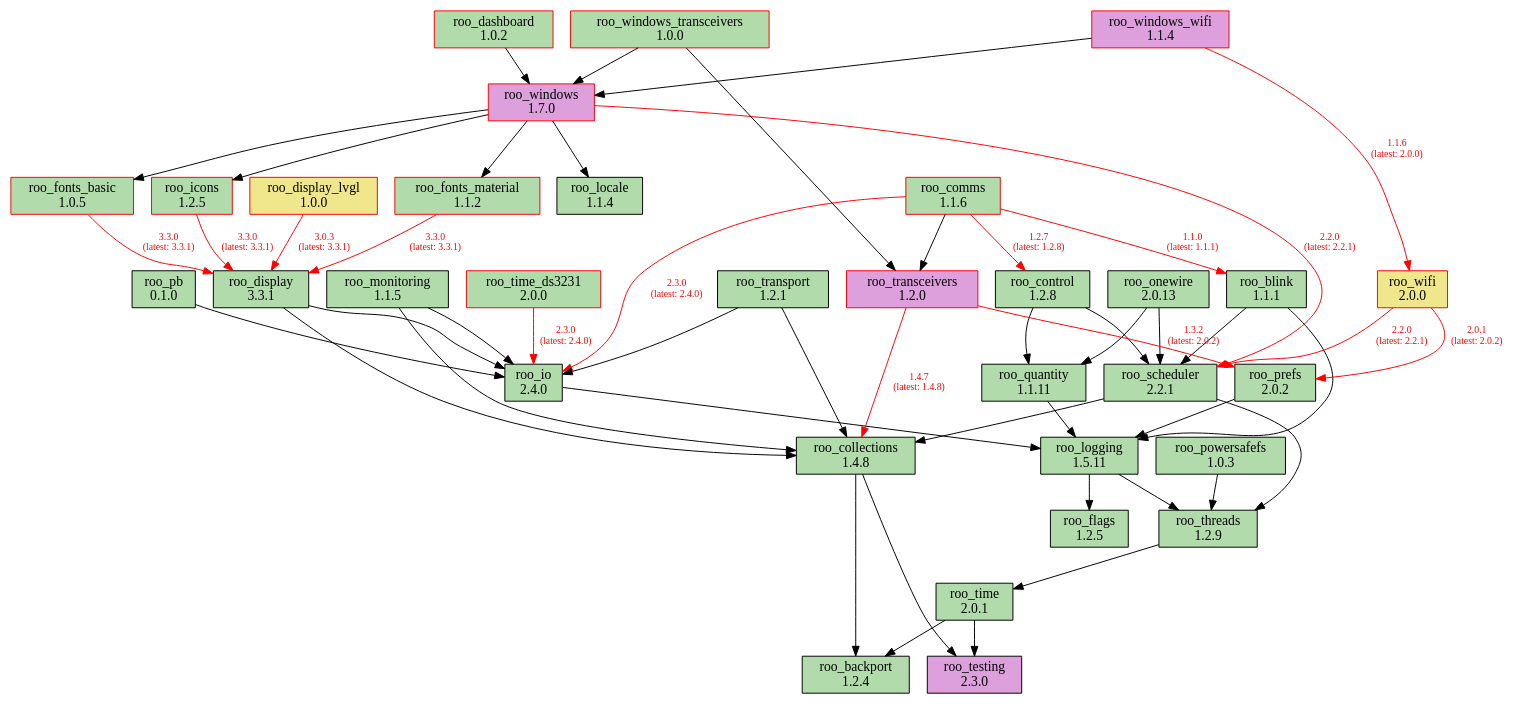
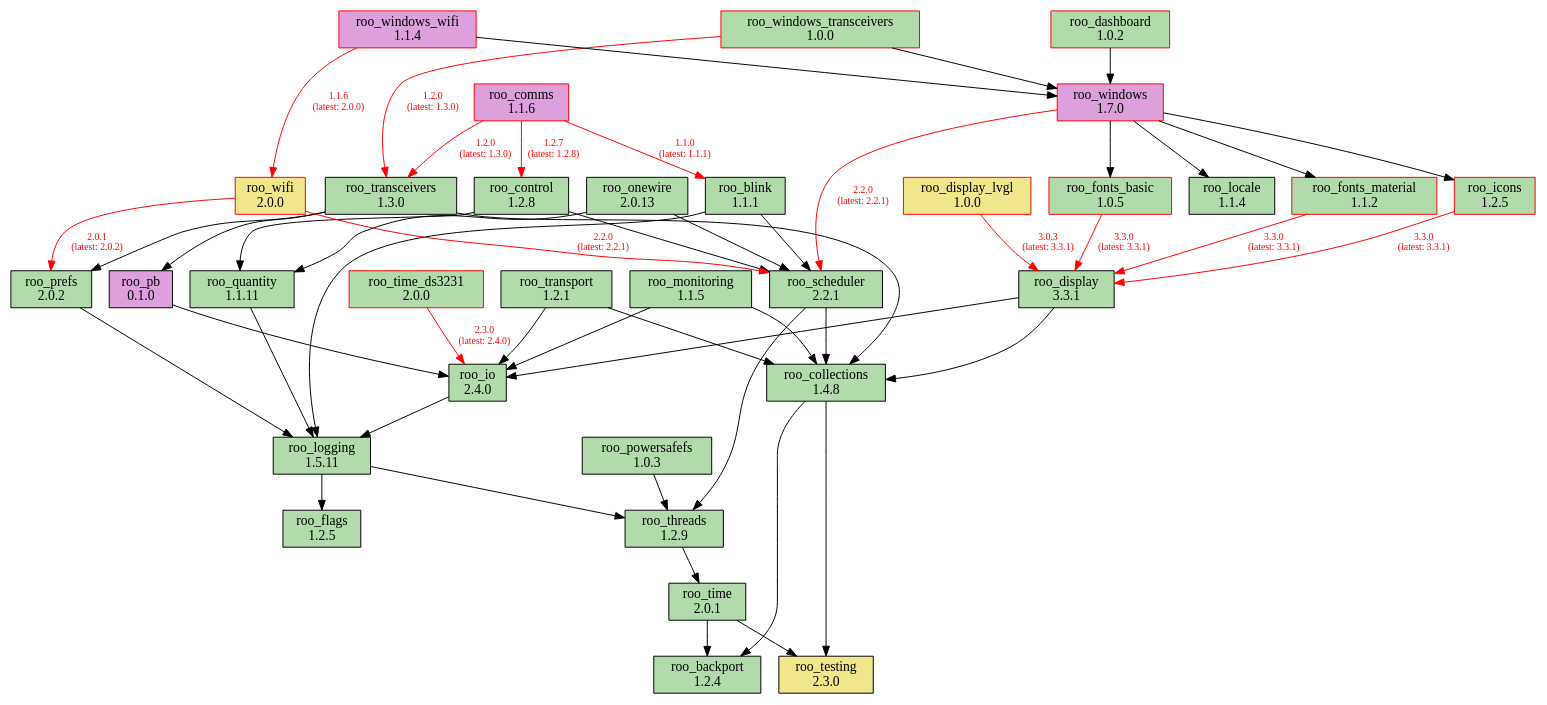
Before and after one commit to dejwk/roo-registry: the diagram in doc/dependencies.dot, drawn with Graphviz. The commit also changed 3 other files, not shown here.

Commit message:
Added roo_transceivers 1.3.0 to the registry.

```diff
--- a/doc/dependencies.dot
+++ b/doc/dependencies.dot
@@ -1,90 +1,90 @@
 digraph dependencies {
     rankdir=TB;
     node [shape=box, style=filled];
     edge [fontsize=10];
 
     // Modules
     "roo_backport" [label="roo_backport\n1.2.4", fillcolor="#b1dbab", color="black"];
     "roo_blink" [label="roo_blink\n1.1.1", fillcolor="#b1dbab", color="black"];
     "roo_collections" [label="roo_collections\n1.4.8", fillcolor="#b1dbab", color="black"];
-    "roo_comms" [label="roo_comms\n1.1.6", fillcolor="#b1dbab", color="red"];
+    "roo_comms" [label="roo_comms\n1.1.6", fillcolor="plum", color="red"];
     "roo_control" [label="roo_control\n1.2.8", fillcolor="#b1dbab", color="black"];
     "roo_dashboard" [label="roo_dashboard\n1.0.2", fillcolor="#b1dbab", color="red"];
     "roo_display" [label="roo_display\n3.3.1", fillcolor="#b1dbab", color="black"];
     "roo_display_lvgl" [label="roo_display_lvgl\n1.0.0", fillcolor="khaki", color="red"];
     "roo_flags" [label="roo_flags\n1.2.5", fillcolor="#b1dbab", color="black"];
     "roo_fonts_basic" [label="roo_fonts_basic\n1.0.5", fillcolor="#b1dbab", color="red"];
     "roo_fonts_material" [label="roo_fonts_material\n1.1.2", fillcolor="#b1dbab", color="red"];
     "roo_icons" [label="roo_icons\n1.2.5", fillcolor="#b1dbab", color="red"];
     "roo_io" [label="roo_io\n2.4.0", fillcolor="#b1dbab", color="black"];
     "roo_locale" [label="roo_locale\n1.1.4", fillcolor="#b1dbab", color="black"];
     "roo_logging" [label="roo_logging\n1.5.11", fillcolor="#b1dbab", color="black"];
     "roo_monitoring" [label="roo_monitoring\n1.1.5", fillcolor="#b1dbab", color="black"];
     "roo_onewire" [label="roo_onewire\n2.0.13", fillcolor="#b1dbab", color="black"];
-    "roo_pb" [label="roo_pb\n0.1.0", fillcolor="#b1dbab", color="black"];
+    "roo_pb" [label="roo_pb\n0.1.0", fillcolor="plum", color="black"];
     "roo_powersafefs" [label="roo_powersafefs\n1.0.3", fillcolor="#b1dbab", color="black"];
     "roo_prefs" [label="roo_prefs\n2.0.2", fillcolor="#b1dbab", color="black"];
     "roo_quantity" [label="roo_quantity\n1.1.11", fillcolor="#b1dbab", color="black"];
     "roo_scheduler" [label="roo_scheduler\n2.2.1", fillcolor="#b1dbab", color="black"];
-    "roo_testing" [label="roo_testing\n2.3.0", fillcolor="plum", color="black"];
+    "roo_testing" [label="roo_testing\n2.3.0", fillcolor="khaki", color="black"];
     "roo_threads" [label="roo_threads\n1.2.9", fillcolor="#b1dbab", color="black"];
     "roo_time" [label="roo_time\n2.0.1", fillcolor="#b1dbab", color="black"];
     "roo_time_ds3231" [label="roo_time_ds3231\n2.0.0", fillcolor="#b1dbab", color="red"];
-    "roo_transceivers" [label="roo_transceivers\n1.2.0", fillcolor="plum", color="red"];
+    "roo_transceivers" [label="roo_transceivers\n1.3.0", fillcolor="#b1dbab", color="black"];
     "roo_transport" [label="roo_transport\n1.2.1", fillcolor="#b1dbab", color="black"];
     "roo_wifi" [label="roo_wifi\n2.0.0", fillcolor="khaki", color="red"];
     "roo_windows" [label="roo_windows\n1.7.0", fillcolor="plum", color="red"];
     "roo_windows_transceivers" [label="roo_windows_transceivers\n1.0.0", fillcolor="#b1dbab", color="red"];
     "roo_windows_wifi" [label="roo_windows_wifi\n1.1.4", fillcolor="plum", color="red"];
 
     // Dependencies
     "roo_blink" -> "roo_logging";
     "roo_blink" -> "roo_scheduler";
     "roo_collections" -> "roo_testing";
     "roo_collections" -> "roo_backport";
     "roo_comms" -> "roo_blink" [color=red, fontcolor=red, label="1.1.0\n(latest: 1.1.1)"];
     "roo_comms" -> "roo_control" [color=red, fontcolor=red, label="1.2.7\n(latest: 1.2.8)"];
-    "roo_comms" -> "roo_io" [color=red, fontcolor=red, label="2.3.0\n(latest: 2.4.0)"];
-    "roo_comms" -> "roo_transceivers";
+    "roo_comms" -> "roo_transceivers" [color=red, fontcolor=red, label="1.2.0\n(latest: 1.3.0)"];
     "roo_control" -> "roo_quantity";
     "roo_control" -> "roo_scheduler";
     "roo_dashboard" -> "roo_windows";
     "roo_display" -> "roo_collections";
     "roo_display" -> "roo_io";
     "roo_display_lvgl" -> "roo_display" [color=red, fontcolor=red, label="3.0.3\n(latest: 3.3.1)"];
     "roo_fonts_basic" -> "roo_display" [color=red, fontcolor=red, label="3.3.0\n(latest: 3.3.1)"];
     "roo_fonts_material" -> "roo_display" [color=red, fontcolor=red, label="3.3.0\n(latest: 3.3.1)"];
     "roo_icons" -> "roo_display" [color=red, fontcolor=red, label="3.3.0\n(latest: 3.3.1)"];
     "roo_io" -> "roo_logging";
     "roo_logging" -> "roo_flags";
     "roo_logging" -> "roo_threads";
     "roo_monitoring" -> "roo_collections";
     "roo_monitoring" -> "roo_io";
     "roo_onewire" -> "roo_scheduler";
     "roo_onewire" -> "roo_quantity";
     "roo_pb" -> "roo_io";
     "roo_powersafefs" -> "roo_threads";
     "roo_prefs" -> "roo_logging";
     "roo_quantity" -> "roo_logging";
     "roo_scheduler" -> "roo_collections";
     "roo_scheduler" -> "roo_threads";
     "roo_threads" -> "roo_time";
     "roo_time" -> "roo_testing";
     "roo_time" -> "roo_backport";
     "roo_time_ds3231" -> "roo_io" [color=red, fontcolor=red, label="2.3.0\n(latest: 2.4.0)"];
-    "roo_transceivers" -> "roo_collections" [color=red, fontcolor=red, label="1.4.7\n(latest: 1.4.8)"];
-    "roo_transceivers" -> "roo_prefs" [color=red, fontcolor=red, label="1.3.2\n(latest: 2.0.2)"];
+    "roo_transceivers" -> "roo_pb";
+    "roo_transceivers" -> "roo_collections";
+    "roo_transceivers" -> "roo_prefs";
     "roo_transport" -> "roo_collections";
     "roo_transport" -> "roo_io";
     "roo_wifi" -> "roo_prefs" [color=red, fontcolor=red, label="2.0.1\n(latest: 2.0.2)"];
     "roo_wifi" -> "roo_scheduler" [color=red, fontcolor=red, label="2.2.0\n(latest: 2.2.1)"];
     "roo_windows" -> "roo_fonts_basic";
     "roo_windows" -> "roo_fonts_material";
     "roo_windows" -> "roo_locale";
     "roo_windows" -> "roo_icons";
     "roo_windows" -> "roo_scheduler" [color=red, fontcolor=red, label="2.2.0\n(latest: 2.2.1)"];
-    "roo_windows_transceivers" -> "roo_transceivers";
+    "roo_windows_transceivers" -> "roo_transceivers" [color=red, fontcolor=red, label="1.2.0\n(latest: 1.3.0)"];
     "roo_windows_transceivers" -> "roo_windows";
     "roo_windows_wifi" -> "roo_wifi" [color=red, fontcolor=red, label="1.1.6\n(latest: 2.0.0)"];
     "roo_windows_wifi" -> "roo_windows";
 }
```
